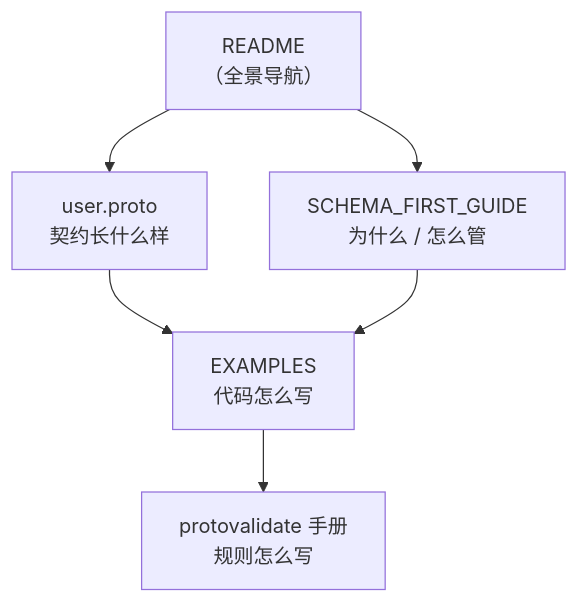
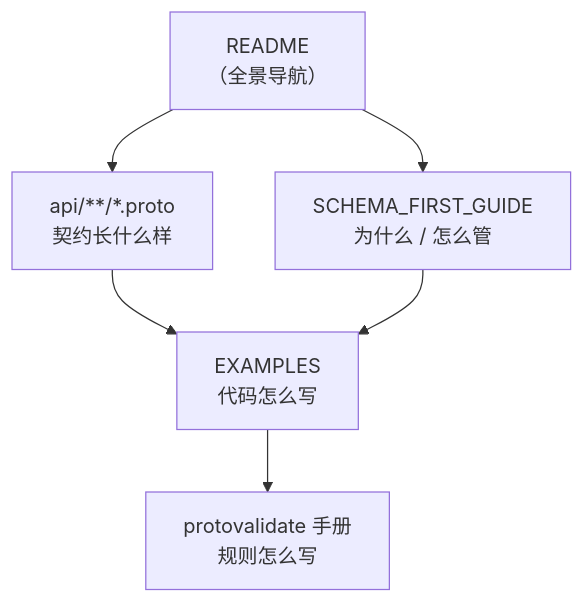
Before and after one commit to harmsworth/go-buf-api-template: the diagram in docs/README.md, drawn with Mermaid. The commit also changed other lines of this file and 5 other files, not shown here.

````diff
--- a/docs/README.md
+++ b/docs/README.md
@@ -39,8 +62,8 @@
 ```mermaid
 flowchart TD
-    R["README<br/>（全景导航）"] --> P["user.proto<br/>契约长什么样"]
+    R["README<br/>（全景导航）"] --> P["api/**/*.proto<br/>契约长什么样"]
     R --> G["SCHEMA_FIRST_GUIDE<br/>为什么 / 怎么管"]
     P --> E["EXAMPLES<br/>代码怎么写"]
     G --> E
     E --> X["protovalidate 手册<br/>规则怎么写"]
 ```
````
